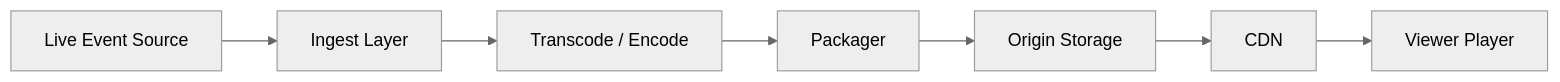
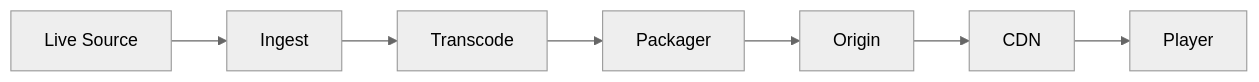
One commit to gojosatoru123-ux/CacheU changed the eighth of 11 diagrams in src/content/design-a-live-streaming-service.md. Above: the diagram before and after it, drawn with Mermaid (neutral theme). The commit also changed other lines of this file and 17 other files, not shown here.

````diff
--- a/src/content/design-a-live-streaming-service.md
+++ b/src/content/design-a-live-streaming-service.md
@@ -922,9 +976,9 @@
 ```mermaid
 flowchart LR
-    Source[Live Event Source] --> Ingest[Ingest Layer]
-    Ingest --> Encode[Transcode / Encode]
-    Encode --> Package[Packager]
-    Package --> Origin[Origin Storage]
+    Source[Live Source] --> Ingest[Ingest]
+    Ingest --> Transcode[Transcode]
+    Transcode --> Packager[Packager]
+    Packager --> Origin[Origin]
     Origin --> CDN[CDN]
-    CDN --> Player[Viewer Player]
+    CDN --> Player[Player]
 ```
````
